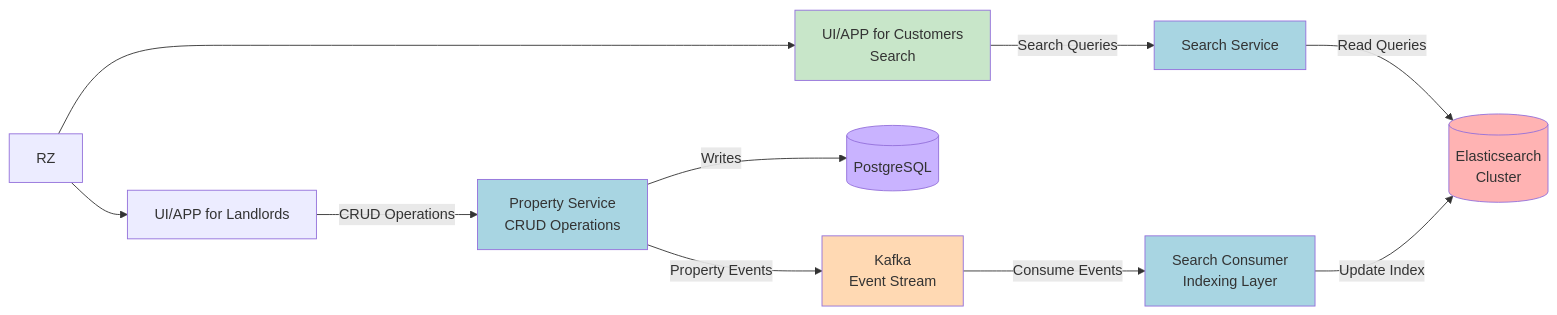
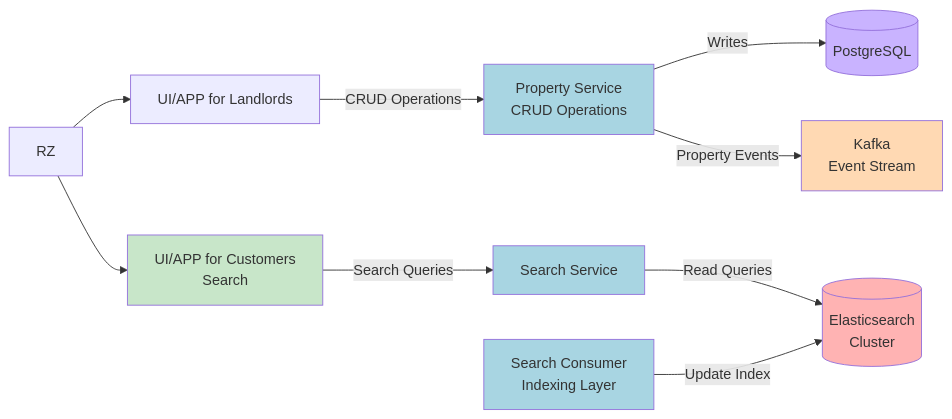
The first of 2 diagrams in README.md (AdilAbubacker/rentezy_frontend), drawn with Mermaid before and after one commit.

````diff
--- a/README.md
+++ b/README.md
@@ -18,28 +18,32 @@
 ```mermaid
 graph LR
-    RZ[RZ] -->LUI[UI/APP for Landlords]
-    RZ --> UI[UI/APP for Customers<br/>Search]
+    RZ[RZ]
+    LUI[UI/APP for Landlords]
+    UI[UI/APP for Customers<br/>Search]
+    SC[Search Consumer<br/>Indexing Layer]
+
+    RZ -->LUI
+    RZ --> UI
     LUI -->|CRUD Operations| PS[Property Service<br/>CRUD Operations]
     UI -->|Search Queries| SS[Search Service]
 
     
     PS -->|Writes| DB[(PostgreSQL)]
     PS -->|Property Events| K[Kafka<br/>Event Stream]
 
     SS -->|Read Queries| ES[(Elasticsearch<br/>Cluster)]
 
-    K -->|Consume Events| SC[Search Consumer<br/>Indexing Layer]
     
     SC -->|Update Index| ES
     
     
     
     
     style SS fill:#a8d5e2
     style PS fill:#a8d5e2
     style SC fill:#a8d5e2
     style ES fill:#ffb3b3
     style K fill:#ffd9b3
     style DB fill:#c9b3ff
     style UI fill:#c8e6c9
 ```
````
